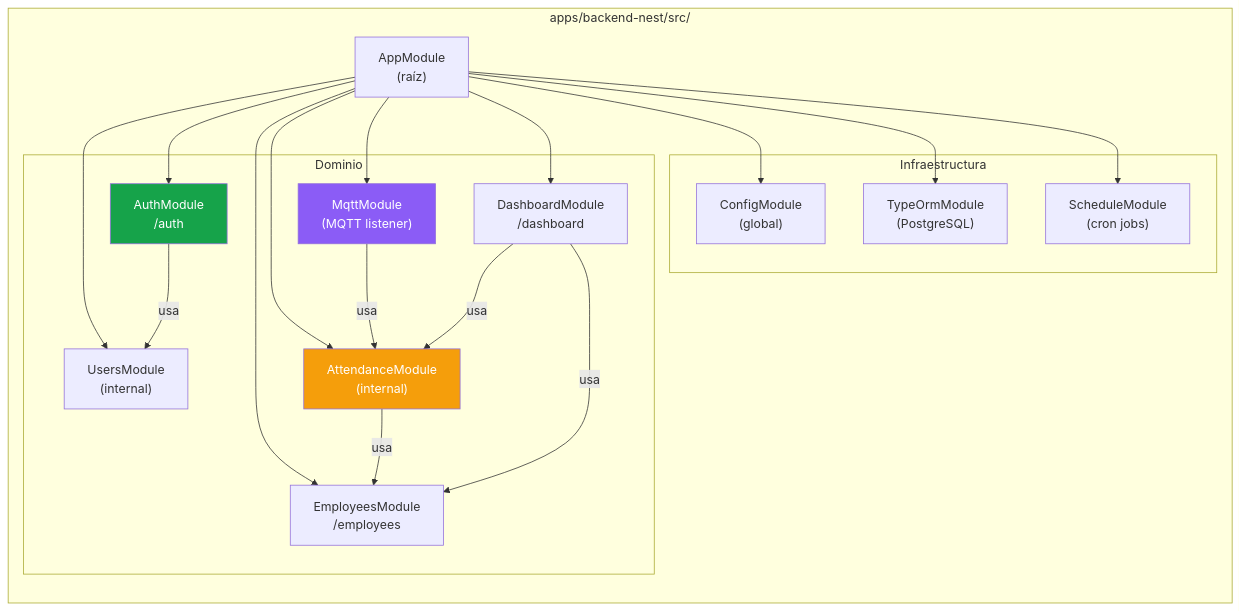
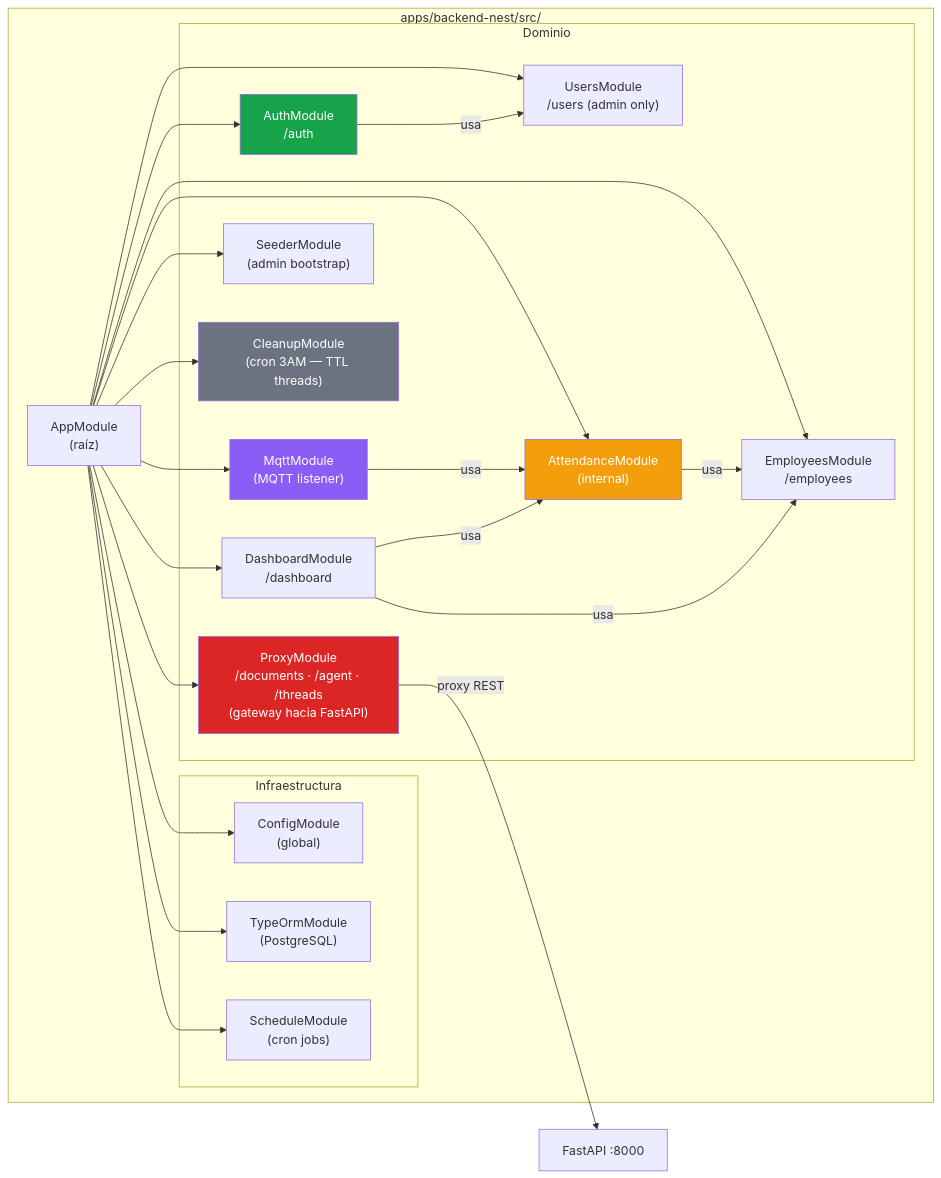
One commit to marianodr/kuaai-intelligent-hrms changed the fourth of 13 diagrams in ARCHITECTURE.md. Above: the diagram before and after it, drawn with Mermaid. The commit also changed other lines of this file and 6 other files, not shown here.

````diff
--- a/ARCHITECTURE.md
+++ b/ARCHITECTURE.md
@@ -202,41 +203,50 @@
 ```mermaid
 graph LR
     subgraph "apps/backend-nest/src/"
         AM["AppModule\n(raíz)"]
 
         subgraph "Infraestructura"
             CONFIG["ConfigModule\n(global)"]
             TYPEORM["TypeOrmModule\n(PostgreSQL)"]
             SCHED["ScheduleModule\n(cron jobs)"]
         end
 
         subgraph "Dominio"
             AUTH["AuthModule\n/auth"]
-            USERS["UsersModule\n(internal)"]
+            USERS["UsersModule\n/users (admin only)"]
             EMP["EmployeesModule\n/employees"]
             ATT["AttendanceModule\n(internal)"]
             DASH["DashboardModule\n/dashboard"]
             MQ["MqttModule\n(MQTT listener)"]
+            PROXY["ProxyModule\n/documents · /agent · /threads\n(gateway hacia FastAPI)"]
+            SEED["SeederModule\n(admin bootstrap)"]
+            CLEAN["CleanupModule\n(cron 3AM — TTL threads)"]
         end
     end
 
     AM --> CONFIG
     AM --> TYPEORM
     AM --> SCHED
     AM --> AUTH
     AM --> USERS
     AM --> EMP
     AM --> ATT
     AM --> DASH
     AM --> MQ
+    AM --> PROXY
+    AM --> SEED
+    AM --> CLEAN
 
     AUTH -->|"usa"| USERS
     MQ -->|"usa"| ATT
     ATT -->|"usa"| EMP
     DASH -->|"usa"| ATT
     DASH -->|"usa"| EMP
+    PROXY -->|"proxy REST"| FAPI_REF["FastAPI :8000"]
 
     style AUTH fill:#16a34a,color:#fff
     style MQ fill:#8b5cf6,color:#fff
     style ATT fill:#f59e0b,color:#fff
+    style PROXY fill:#dc2626,color:#fff
+    style CLEAN fill:#6b7280,color:#fff
 ```
````
